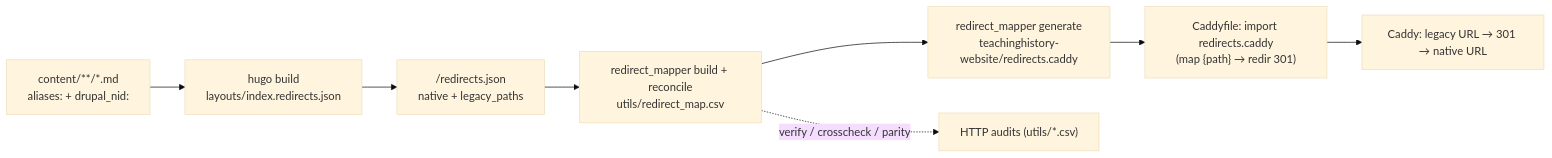
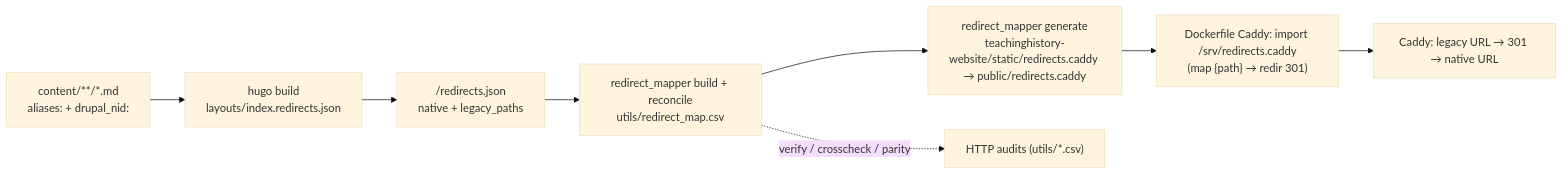
The diagram in docs/REDIRECTS.md (chnm/teachinghistory-hugo), drawn with Mermaid (base theme) before and after one commit. The commit also changed other lines of this file and 5 other files, not shown here.

First line of the commit message:
fix: ship redirects.caddy in public/ release artifact

````diff
--- a/docs/REDIRECTS.md
+++ b/docs/REDIRECTS.md
@@ -21,10 +21,10 @@
 ```mermaid
 flowchart LR
   FM["content/**/*.md<br/>aliases: + drupal_nid:"] --> H["hugo build<br/>layouts/index.redirects.json"]
   H --> J["/redirects.json<br/>native + legacy_paths"]
   J --> B["redirect_mapper build + reconcile<br/>utils/redirect_map.csv"]
-  B --> G["redirect_mapper generate<br/>teachinghistory-website/redirects.caddy"]
-  G --> C["Caddyfile: import redirects.caddy<br/>(map {path} → redir 301)"]
+  B --> G["redirect_mapper generate<br/>teachinghistory-website/static/redirects.caddy → public/redirects.caddy"]
+  G --> C["Dockerfile Caddy: import /srv/redirects.caddy<br/>(map {path} → redir 301)"]
   C --> S["Caddy: legacy URL → 301 → native URL"]
   B -. "verify / crosscheck / parity" .-> V["HTTP audits (utils/*.csv)"]
 ```
````
